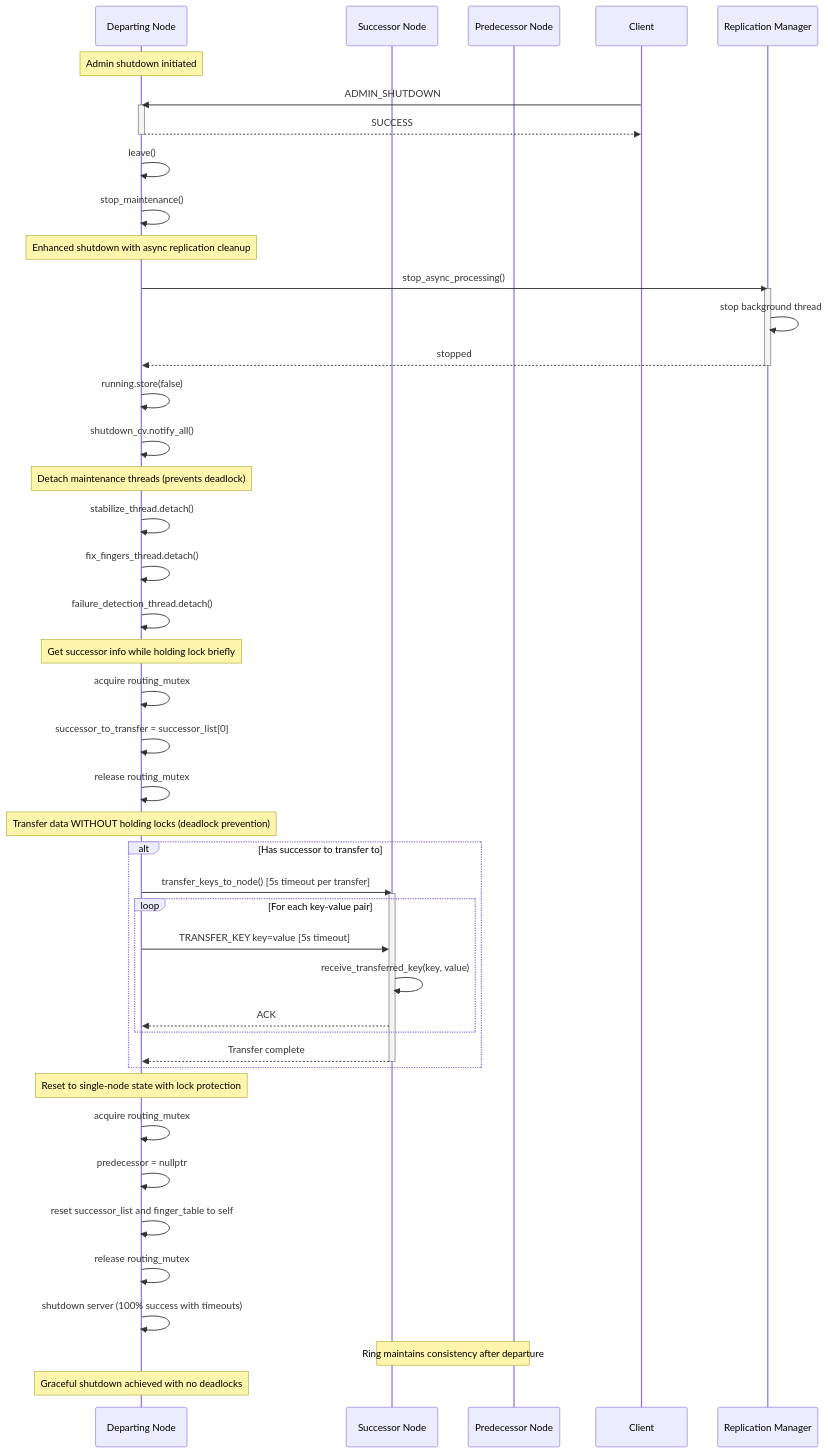
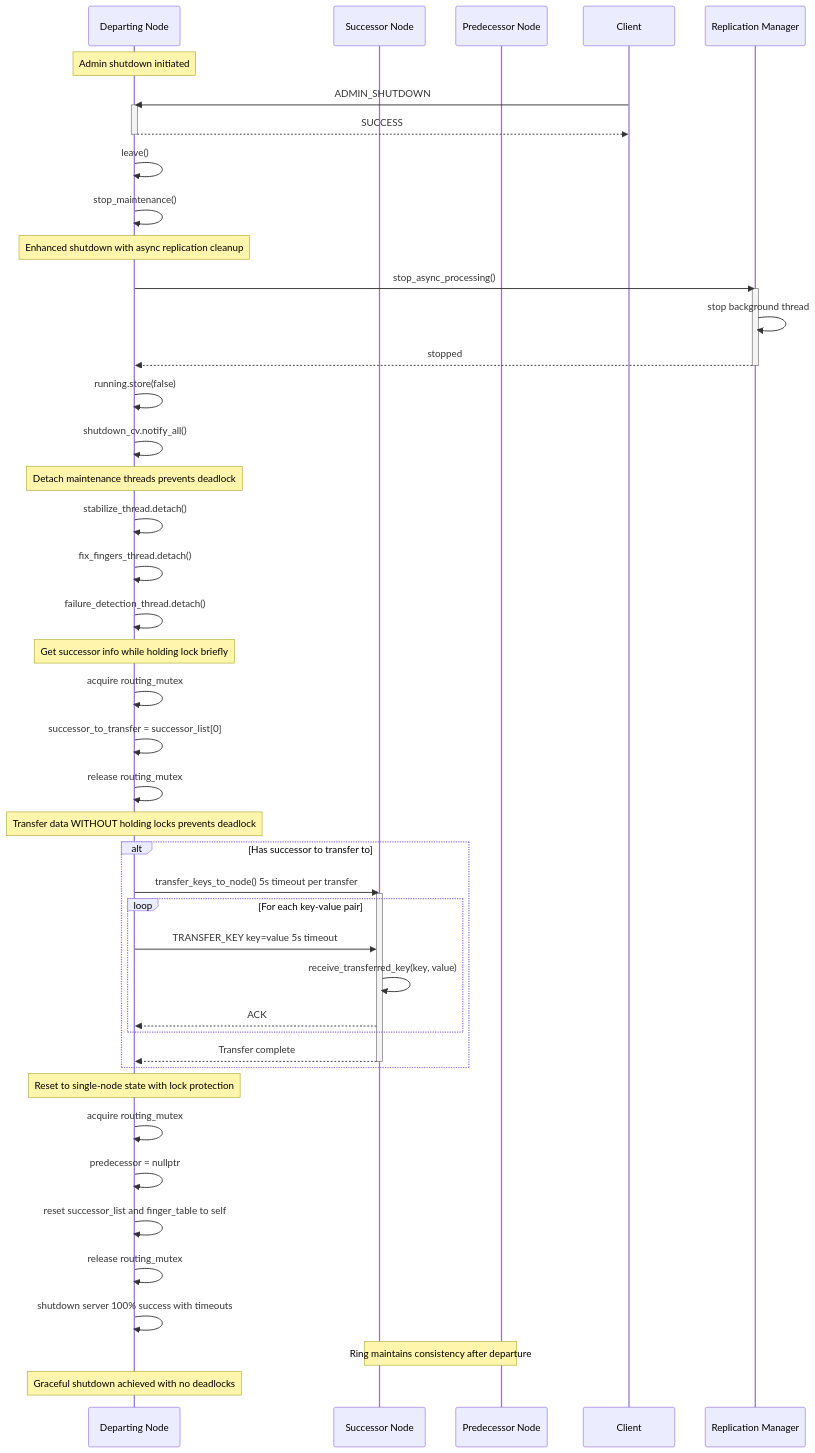
Before and after one commit to ryogrid/FunnelKVS-CPP: the seventh of 7 diagrams in CHORD_COMMUNICATION_SEQUENCE.md, drawn with Mermaid. The commit also changed other lines of this file, not shown here.

Commit message:
fix mermaid markup error.

````diff
--- a/CHORD_COMMUNICATION_SEQUENCE.md
+++ b/CHORD_COMMUNICATION_SEQUENCE.md
@@ -373,63 +373,63 @@
 ```mermaid
 sequenceDiagram
     participant DepartingNode as Departing Node
     participant Successor as Successor Node
     participant Predecessor as Predecessor Node
     participant Client as Client
     participant ReplicationManager as Replication Manager
 
     Note over DepartingNode: Admin shutdown initiated
     Client->>DepartingNode: ADMIN_SHUTDOWN
     activate DepartingNode
     DepartingNode-->>Client: SUCCESS
     deactivate DepartingNode
     
     DepartingNode->>DepartingNode: leave()
     DepartingNode->>DepartingNode: stop_maintenance()
     
     Note over DepartingNode: Enhanced shutdown with async replication cleanup
     DepartingNode->>ReplicationManager: stop_async_processing()
     activate ReplicationManager
     ReplicationManager->>ReplicationManager: stop background thread
     ReplicationManager-->>DepartingNode: stopped
     deactivate ReplicationManager
     
     DepartingNode->>DepartingNode: running.store(false)
     DepartingNode->>DepartingNode: shutdown_cv.notify_all()
     
-    Note over DepartingNode: Detach maintenance threads (prevents deadlock)
+    Note over DepartingNode: Detach maintenance threads prevents deadlock
     DepartingNode->>DepartingNode: stabilize_thread.detach()
     DepartingNode->>DepartingNode: fix_fingers_thread.detach() 
     DepartingNode->>DepartingNode: failure_detection_thread.detach()
     
     Note over DepartingNode: Get successor info while holding lock briefly
     DepartingNode->>DepartingNode: acquire routing_mutex
     DepartingNode->>DepartingNode: successor_to_transfer = successor_list[0]
     DepartingNode->>DepartingNode: release routing_mutex
     
-    Note over DepartingNode: Transfer data WITHOUT holding locks (deadlock prevention)
+    Note over DepartingNode: Transfer data WITHOUT holding locks prevents deadlock
     alt Has successor to transfer to
-        DepartingNode->>Successor: transfer_keys_to_node() [5s timeout per transfer]
+        DepartingNode->>Successor: transfer_keys_to_node() 5s timeout per transfer
         activate Successor
         
         loop For each key-value pair
-            DepartingNode->>Successor: TRANSFER_KEY key=value [5s timeout]
+            DepartingNode->>Successor: TRANSFER_KEY key=value 5s timeout
             Successor->>Successor: receive_transferred_key(key, value)
             Successor-->>DepartingNode: ACK
         end
         
         Successor-->>DepartingNode: Transfer complete
         deactivate Successor
     end
     
     Note over DepartingNode: Reset to single-node state with lock protection
     DepartingNode->>DepartingNode: acquire routing_mutex
     DepartingNode->>DepartingNode: predecessor = nullptr
     DepartingNode->>DepartingNode: reset successor_list and finger_table to self
     DepartingNode->>DepartingNode: release routing_mutex
     
-    DepartingNode->>DepartingNode: shutdown server (100% success with timeouts)
+    DepartingNode->>DepartingNode: shutdown server 100% success with timeouts
     
     Note over Predecessor, Successor: Ring maintains consistency after departure
     Note over DepartingNode: Graceful shutdown achieved with no deadlocks
 ```
````
